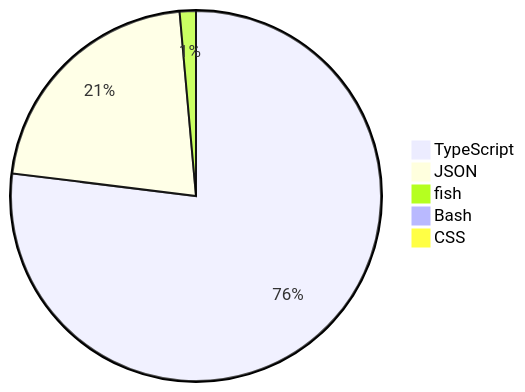
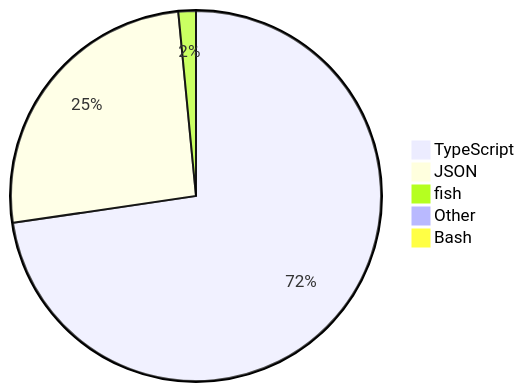
Before and after one commit to skvggor/skvggor: the diagram in README.md, drawn with Mermaid.

Commit message:
Updated waka-readme graph with new metrics

````diff
--- a/README.md
+++ b/README.md
@@ -28,8 +28,8 @@
 ```mermaid
 pie
-    "TypeScript" : 76.1
-    "JSON" : 21.4
-    "fish" : 1.4
+    "TypeScript" : 71.3
+    "JSON" : 25.3
+    "fish" : 1.5
+    "Other" : 0.8
     "Bash" : 0.5
-    "CSS" : 0.3
 ```
````
